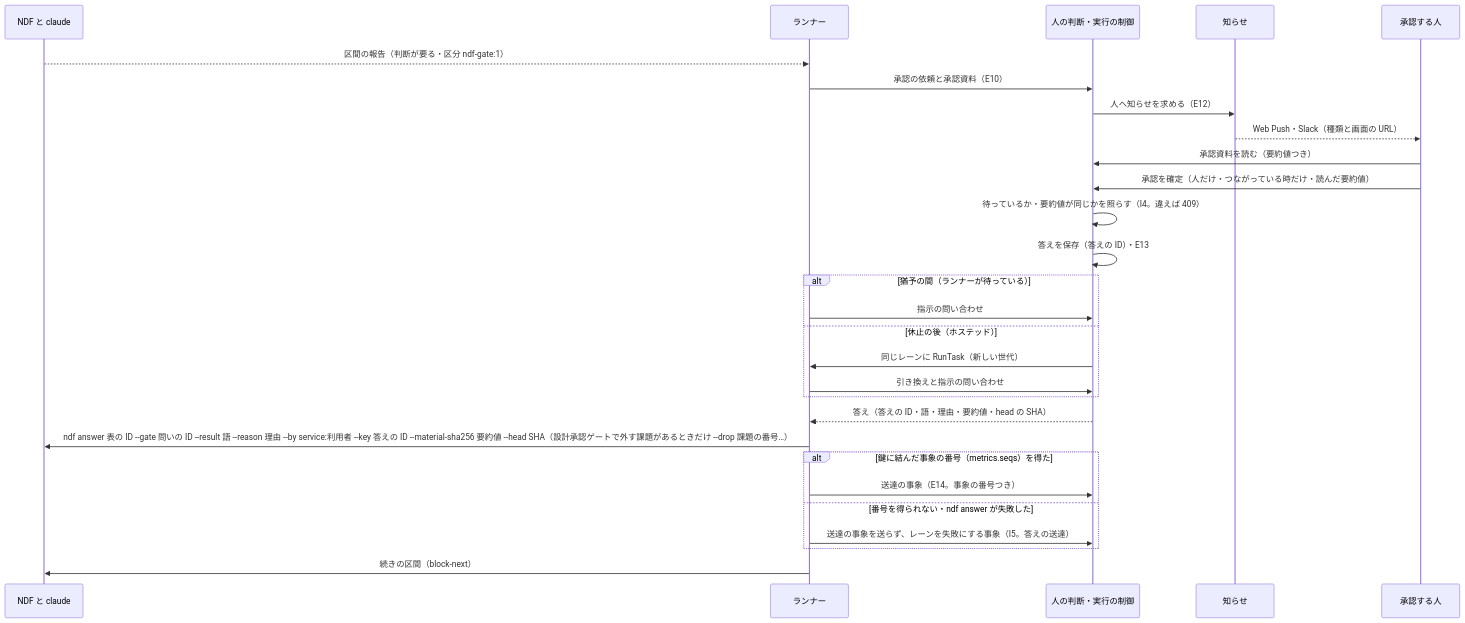
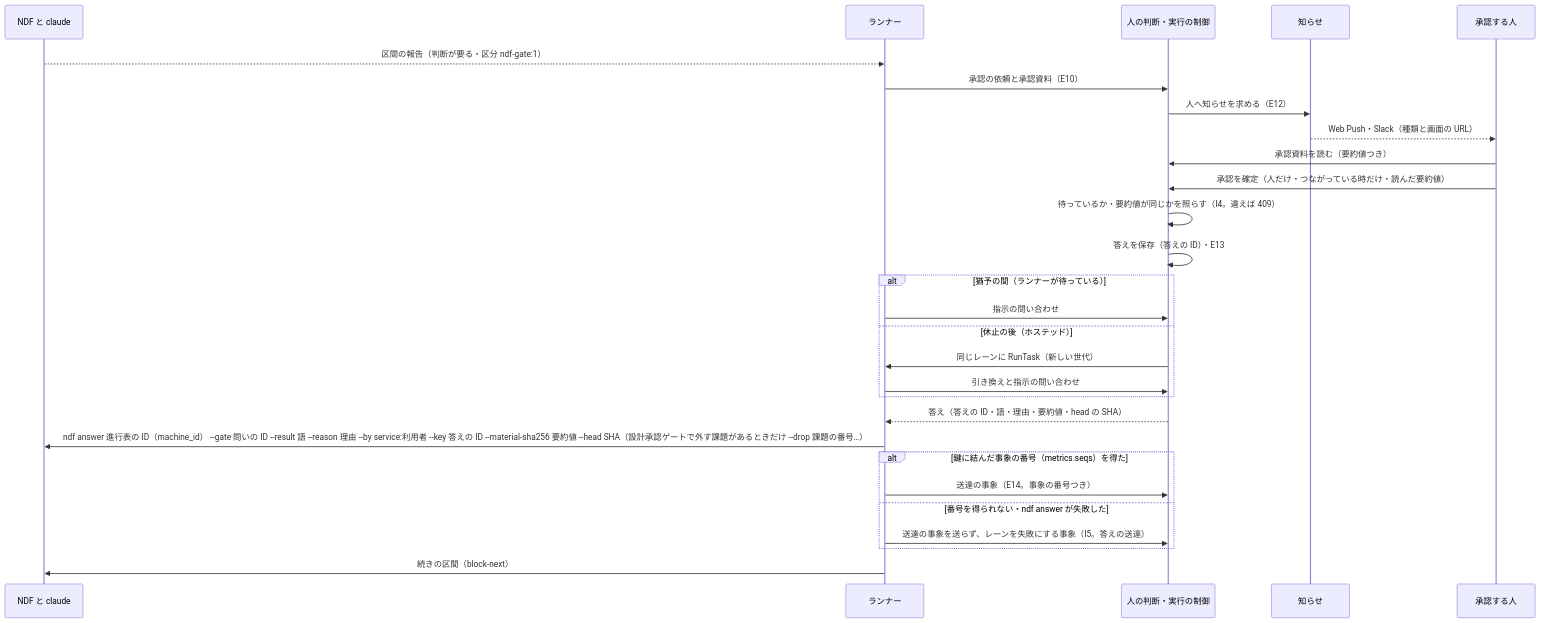
The seventh of 10 diagrams in docs/design/execution.md (devbasex/nd-factory), drawn with Mermaid before and after one commit. The commit also changed other lines of this file and 3 other files, not shown here.

````diff
--- a/docs/design/execution.md
+++ b/docs/design/execution.md
@@ -415,30 +422,30 @@
 ```mermaid
 sequenceDiagram
     participant N as NDF と claude
     participant R as ランナー
     participant API as 人の判断・実行の制御
     participant K as 知らせ
     participant 人 as 承認する人
     N-->>R: 区間の報告（判断が要る・区分 ndf-gate:1）
     R->>API: 承認の依頼と承認資料（E10）
     API->>K: 人へ知らせを求める（E12）
     K-->>人: Web Push・Slack（種類と画面の URL）
     人->>API: 承認資料を読む（要約値つき）
     人->>API: 承認を確定（人だけ・つながっている時だけ・読んだ要約値）
     API->>API: 待っているか・要約値が同じかを照らす（I4。違えば 409）
     API->>API: 答えを保存（答えの ID）・E13
     alt 猶予の間（ランナーが待っている）
         R->>API: 指示の問い合わせ
     else 休止の後（ホステッド）
         API->>R: 同じレーンに RunTask（新しい世代）
         R->>API: 引き換えと指示の問い合わせ
     end
     API-->>R: 答え（答えの ID・語・理由・要約値・head の SHA）
-    R->>N: ndf answer 表の ID --gate 問いの ID --result 語 --reason 理由 --by service:利用者 --key 答えの ID --material-sha256 要約値 --head SHA（設計承認ゲートで外す課題があるときだけ --drop 課題の番号…）
+    R->>N: ndf answer 進行表の ID（machine_id） --gate 問いの ID --result 語 --reason 理由 --by service:利用者 --key 答えの ID --material-sha256 要約値 --head SHA（設計承認ゲートで外す課題があるときだけ --drop 課題の番号…）
     alt 鍵に結んだ事象の番号（metrics.seqs）を得た
         R->>API: 送達の事象（E14。事象の番号つき）
     else 番号を得られない・ndf answer が失敗した
         R->>API: 送達の事象を送らず、レーンを失敗にする事象（I5。答えの送達）
     end
     R->>N: 続きの区間（block-next）
 ```
````
